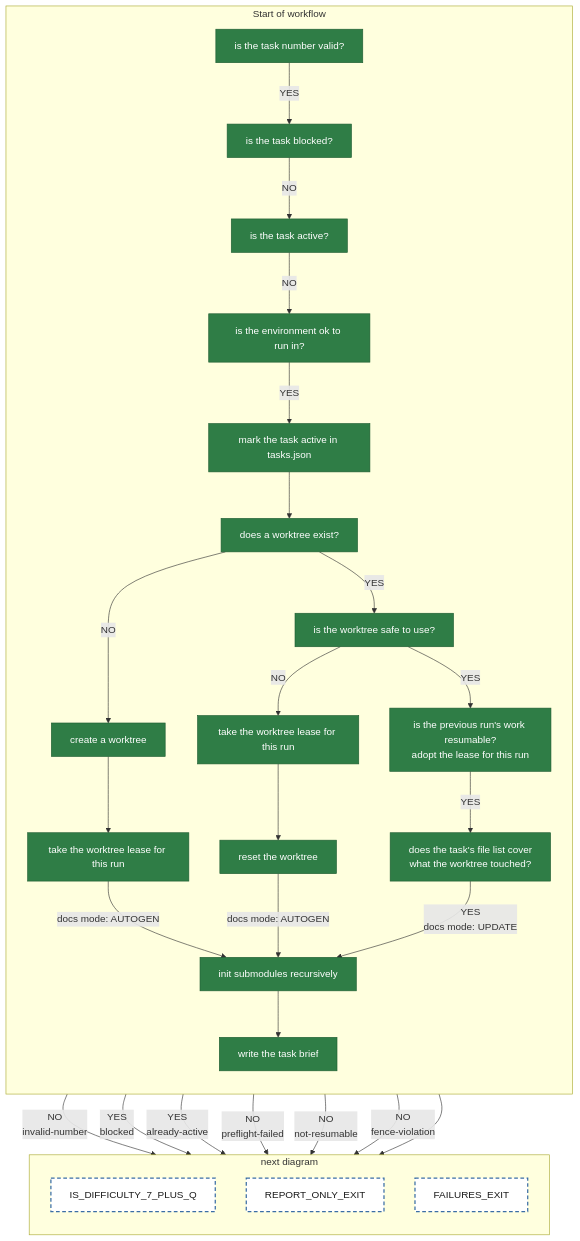
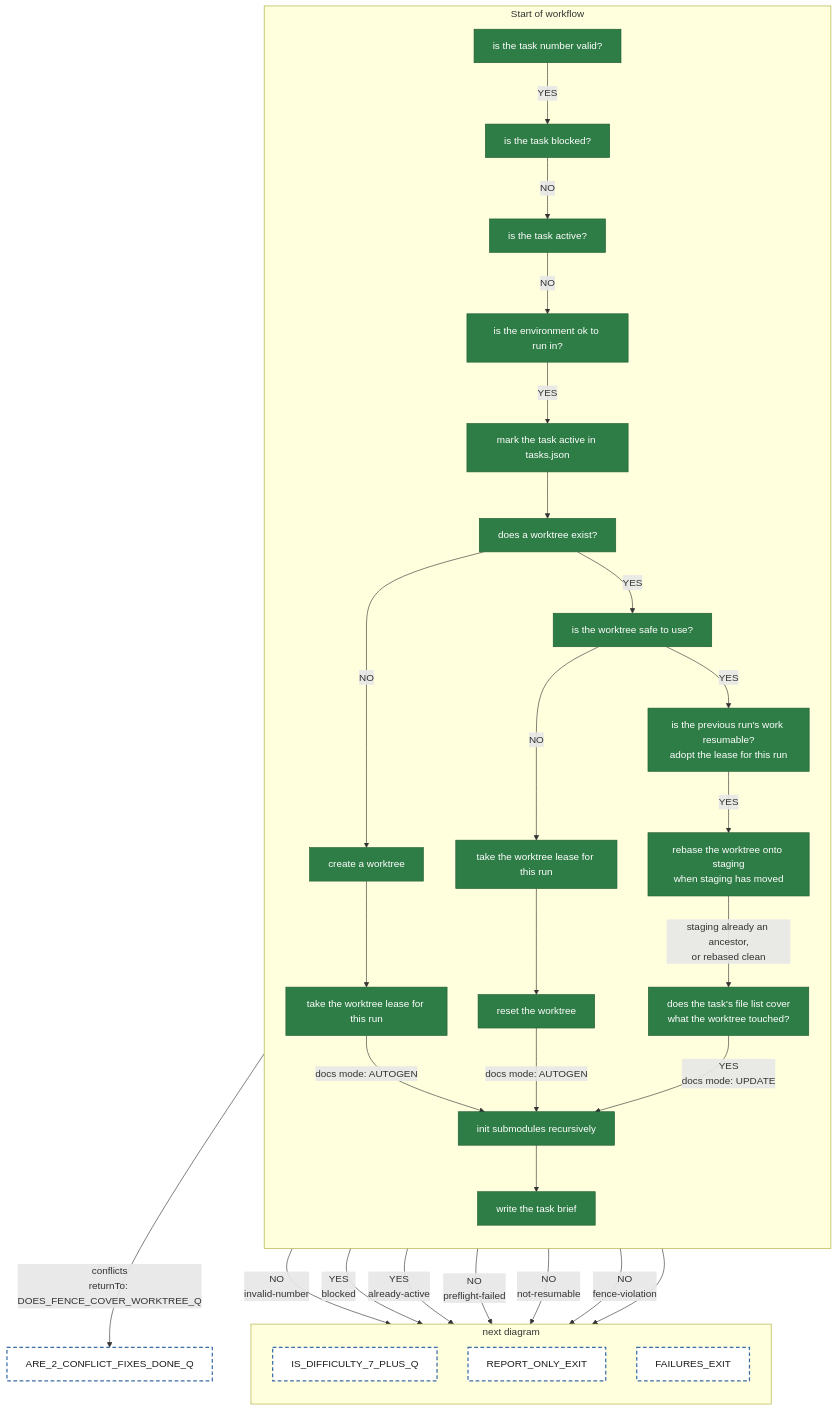
The diagram in diagrams/tackle-tasks/pipeline-preambleStatusCheck.mmd (matkatmusic/taskTools), drawn with Mermaid before and after one commit. The commit also changed 16 other files, not shown here.

First line of the commit message:
feat(tackle-tasks): implement rebase for resumed worktrees onto staging

```diff
--- a/diagrams/tackle-tasks/pipeline-preambleStatusCheck.mmd
+++ b/diagrams/tackle-tasks/pipeline-preambleStatusCheck.mmd
@@ -1,60 +1,63 @@
 flowchart TB
 %% One agent() call. /run-step starts at PREAMBLE_STATUS_CHECK. Every path ends at an orange block, a dashed block, or STOP.
 
   subgraph preambleStatusCheck ["Start of workflow"]
     direction TB
     PREAMBLE_STATUS_CHECK["is the task number valid?"]
     IS_TASK_BLOCKED_Q["is the task blocked?"]
     IS_TASK_ACTIVE_Q["is the task active?"]
     PREFLIGHT_OK_Q["is the environment ok to run in?"]
     MARK_TASK_ACTIVE["mark the task active in tasks.json"]
     DOES_WORKTREE_EXIST_Q["does a worktree exist?"]
     CREATE_WORKTREE["create a worktree"]
     TAKE_WORKTREE_LEASE["take the worktree lease for this run"]
     IS_WORKTREE_SAFE_TO_USE_Q["is the worktree safe to use?"]
     TAKE_WORKTREE_LEASE_BEFORE_RESET["take the worktree lease for this run"]
     RESET_WORKTREE["reset the worktree"]
     IS_PREVIOUS_RUN_RESUMABLE_Q["is the previous run's work resumable?<br/>adopt the lease for this run"]
+    REBASE_RESUMED_WORKTREE_ONTO_STAGING["rebase the worktree onto staging<br/>when staging has moved"]
     DOES_FENCE_COVER_WORKTREE_Q["does the task's file list cover<br/>what the worktree touched?"]
     INIT_SUBMODULES_RECURSIVELY["init submodules recursively"]
     DOCUMENT_GENERATION["write the task brief"]
   end
   subgraph preambleStatusCheckNext ["next diagram"]
     direction TB
     IS_DIFFICULTY_7_PLUS_Q["IS_DIFFICULTY_7_PLUS_Q"]
     REPORT_ONLY_EXIT["REPORT_ONLY_EXIT"]
     FAILURES_EXIT["FAILURES_EXIT"]
   end
   preambleStatusCheck ~~~ preambleStatusCheckNext
 
   PREAMBLE_STATUS_CHECK -- "NO<br/>invalid-number" --> REPORT_ONLY_EXIT
   PREAMBLE_STATUS_CHECK -- "YES" --> IS_TASK_BLOCKED_Q
   IS_TASK_BLOCKED_Q -- "YES<br/>blocked" --> REPORT_ONLY_EXIT
   IS_TASK_BLOCKED_Q -- "NO" --> IS_TASK_ACTIVE_Q
   IS_TASK_ACTIVE_Q -- "YES<br/>already-active" --> REPORT_ONLY_EXIT
   IS_TASK_ACTIVE_Q -- "NO" --> PREFLIGHT_OK_Q
   PREFLIGHT_OK_Q -- "NO<br/>preflight-failed" --> REPORT_ONLY_EXIT
   PREFLIGHT_OK_Q -- "YES" --> MARK_TASK_ACTIVE
   MARK_TASK_ACTIVE --> DOES_WORKTREE_EXIST_Q
   DOES_WORKTREE_EXIST_Q -- "NO" --> CREATE_WORKTREE
   CREATE_WORKTREE --> TAKE_WORKTREE_LEASE
   TAKE_WORKTREE_LEASE -- "docs mode: AUTOGEN" --> INIT_SUBMODULES_RECURSIVELY
   DOES_WORKTREE_EXIST_Q -- "YES" --> IS_WORKTREE_SAFE_TO_USE_Q
   IS_WORKTREE_SAFE_TO_USE_Q -- "NO" --> TAKE_WORKTREE_LEASE_BEFORE_RESET
   TAKE_WORKTREE_LEASE_BEFORE_RESET --> RESET_WORKTREE
   RESET_WORKTREE -- "docs mode: AUTOGEN" --> INIT_SUBMODULES_RECURSIVELY
   IS_WORKTREE_SAFE_TO_USE_Q -- "YES" --> IS_PREVIOUS_RUN_RESUMABLE_Q
   IS_PREVIOUS_RUN_RESUMABLE_Q -- "NO<br/>not-resumable" --> FAILURES_EXIT
-  IS_PREVIOUS_RUN_RESUMABLE_Q -- "YES" --> DOES_FENCE_COVER_WORKTREE_Q
+  IS_PREVIOUS_RUN_RESUMABLE_Q -- "YES" --> REBASE_RESUMED_WORKTREE_ONTO_STAGING
+  REBASE_RESUMED_WORKTREE_ONTO_STAGING -- "staging already an ancestor,<br/>or rebased clean" --> DOES_FENCE_COVER_WORKTREE_Q
+  REBASE_RESUMED_WORKTREE_ONTO_STAGING -- "conflicts<br/>returnTo: DOES_FENCE_COVER_WORKTREE_Q" --> ARE_2_CONFLICT_FIXES_DONE_Q
   DOES_FENCE_COVER_WORKTREE_Q -- "NO<br/>fence-violation" --> FAILURES_EXIT
   DOES_FENCE_COVER_WORKTREE_Q -- "YES<br/>docs mode: UPDATE" --> INIT_SUBMODULES_RECURSIVELY
   INIT_SUBMODULES_RECURSIVELY --> DOCUMENT_GENERATION
   DOCUMENT_GENERATION --> IS_DIFFICULTY_7_PLUS_Q
 
   classDef script fill:#2f7d46,stroke:#1e5c31,color:#ffffff
   classDef returns_a_prompt fill:#e07b39,stroke:#a8541f,color:#1a1a1a
   classDef fail fill:red,stroke:#254a70,color:#ffffff
   classDef output fill:#3b6ea5,stroke:#254a70,color:#ffffff
   classDef next_diagram fill:#ffffff,stroke:#3b6ea5,stroke-width:2px,stroke-dasharray:6 4,color:#1a1a1a
-  class PREAMBLE_STATUS_CHECK,IS_TASK_BLOCKED_Q,IS_TASK_ACTIVE_Q,PREFLIGHT_OK_Q,MARK_TASK_ACTIVE,DOES_WORKTREE_EXIST_Q,CREATE_WORKTREE,TAKE_WORKTREE_LEASE,IS_WORKTREE_SAFE_TO_USE_Q,TAKE_WORKTREE_LEASE_BEFORE_RESET,RESET_WORKTREE,IS_PREVIOUS_RUN_RESUMABLE_Q,DOES_FENCE_COVER_WORKTREE_Q,INIT_SUBMODULES_RECURSIVELY,DOCUMENT_GENERATION script
-  class IS_DIFFICULTY_7_PLUS_Q,REPORT_ONLY_EXIT,FAILURES_EXIT next_diagram
+  class PREAMBLE_STATUS_CHECK,IS_TASK_BLOCKED_Q,IS_TASK_ACTIVE_Q,PREFLIGHT_OK_Q,MARK_TASK_ACTIVE,DOES_WORKTREE_EXIST_Q,CREATE_WORKTREE,TAKE_WORKTREE_LEASE,IS_WORKTREE_SAFE_TO_USE_Q,TAKE_WORKTREE_LEASE_BEFORE_RESET,RESET_WORKTREE,IS_PREVIOUS_RUN_RESUMABLE_Q,REBASE_RESUMED_WORKTREE_ONTO_STAGING,DOES_FENCE_COVER_WORKTREE_Q,INIT_SUBMODULES_RECURSIVELY,DOCUMENT_GENERATION script
+  class IS_DIFFICULTY_7_PLUS_Q,REPORT_ONLY_EXIT,FAILURES_EXIT,ARE_2_CONFLICT_FIXES_DONE_Q next_diagram
```
